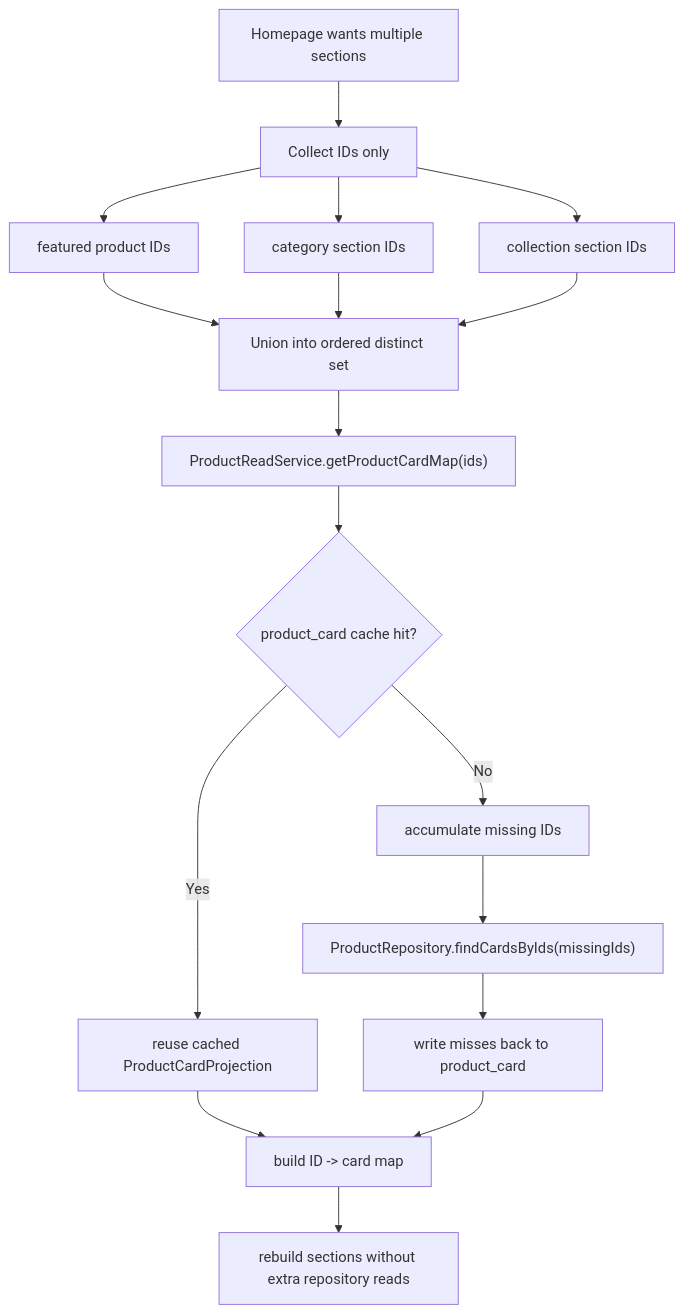
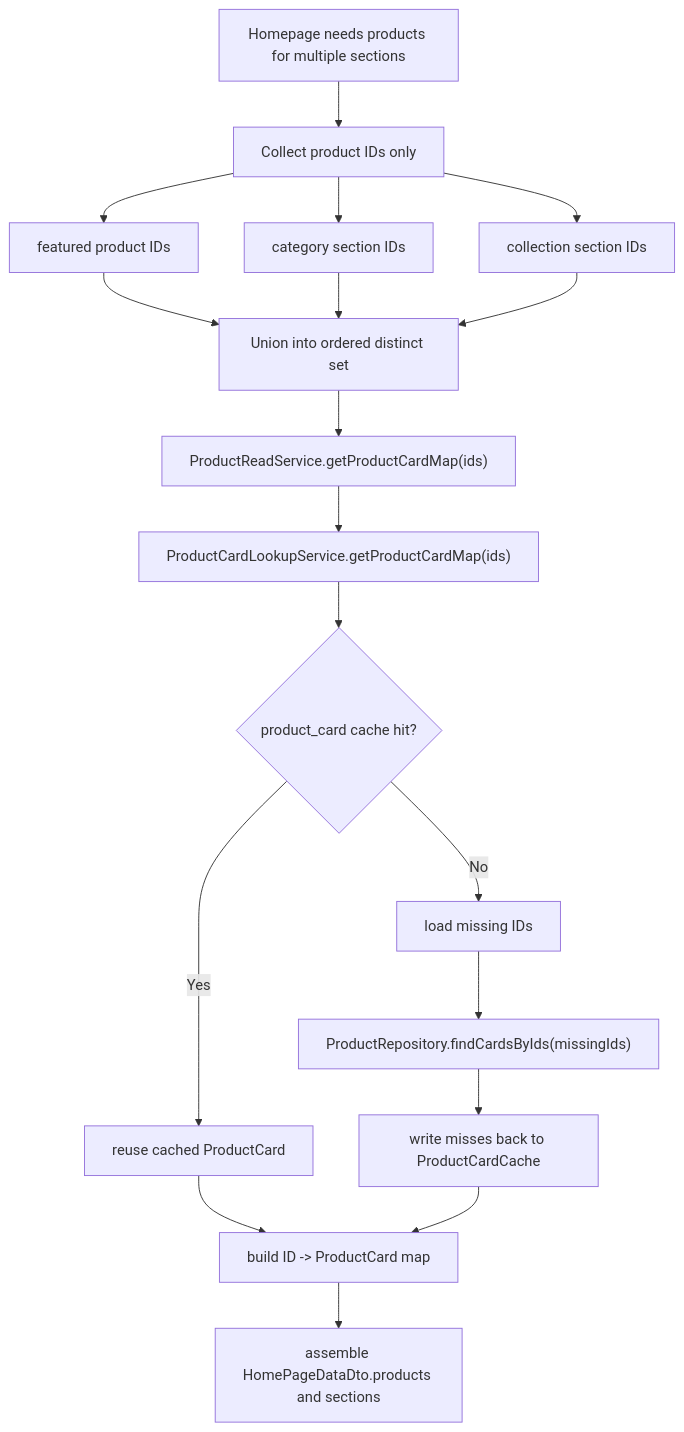
The fourth of 9 diagrams in documentation/13-homepage-uml.md (mohammadAlhajeen/bun_commerce-public), drawn with Mermaid before and after one commit. The commit also changed other lines of this file and 29 other files, not shown here.

````diff
--- a/documentation/13-homepage-uml.md
+++ b/documentation/13-homepage-uml.md
@@ -189,19 +190,20 @@
 ```mermaid
 flowchart TD
-    A["Homepage wants multiple sections"] --> B["Collect IDs only"]
+    A["Homepage needs products for multiple sections"] --> B["Collect product IDs only"]
     B --> C["featured product IDs"]
     B --> D["category section IDs"]
     B --> E["collection section IDs"]
     C --> F["Union into ordered distinct set"]
     D --> F
     E --> F
     F --> G["ProductReadService.getProductCardMap(ids)"]
-    G --> H{"product_card cache hit?"}
-    H -- "Yes" --> I["reuse cached ProductCardProjection"]
-    H -- "No" --> J["accumulate missing IDs"]
-    J --> K["ProductRepository.findCardsByIds(missingIds)"]
-    K --> L["write misses back to product_card"]
-    I --> M["build ID -> card map"]
-    L --> M
-    M --> N["rebuild sections without extra repository reads"]
+    G --> H["ProductCardLookupService.getProductCardMap(ids)"]
+    H --> I{"product_card cache hit?"}
+    I -- "Yes" --> J["reuse cached ProductCard"]
+    I -- "No" --> K["load missing IDs"]
+    K --> L["ProductRepository.findCardsByIds(missingIds)"]
+    L --> M["write misses back to ProductCardCache"]
+    J --> N["build ID -> ProductCard map"]
+    M --> N
+    N --> O["assemble HomePageDataDto.products and sections"]
 ```
````
